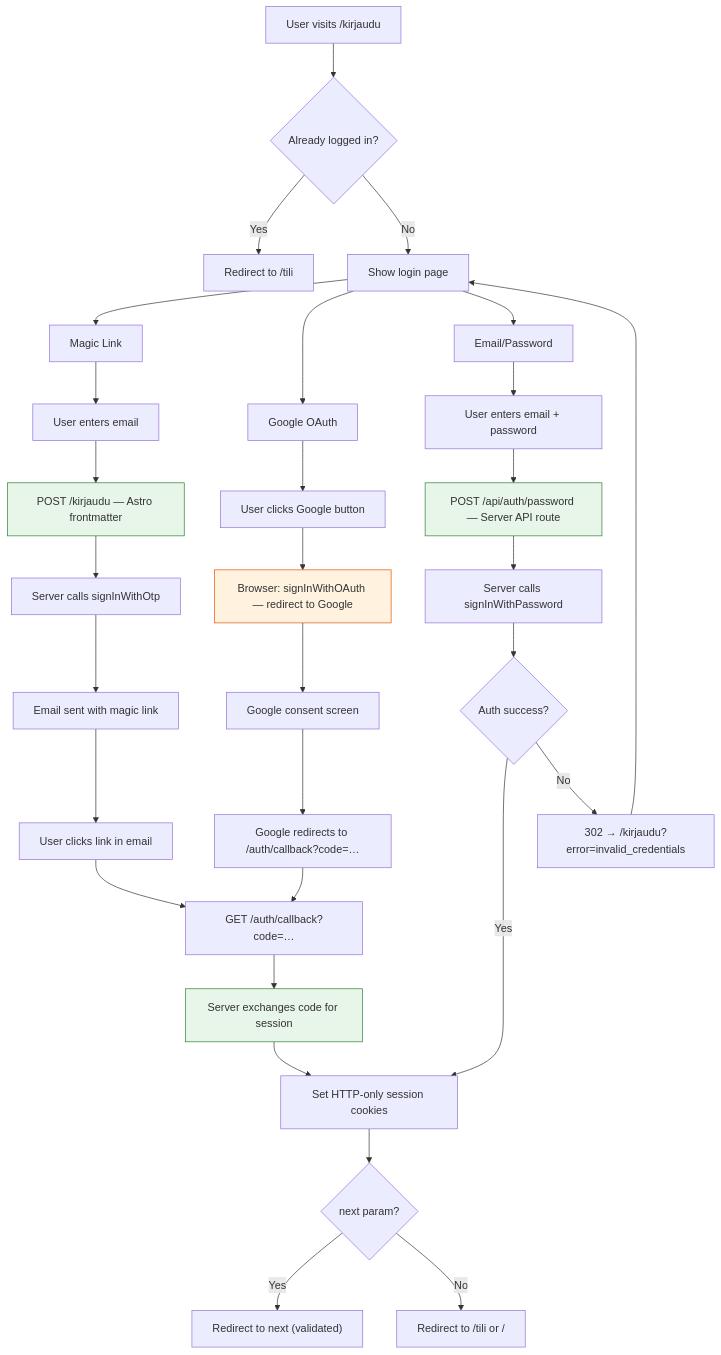
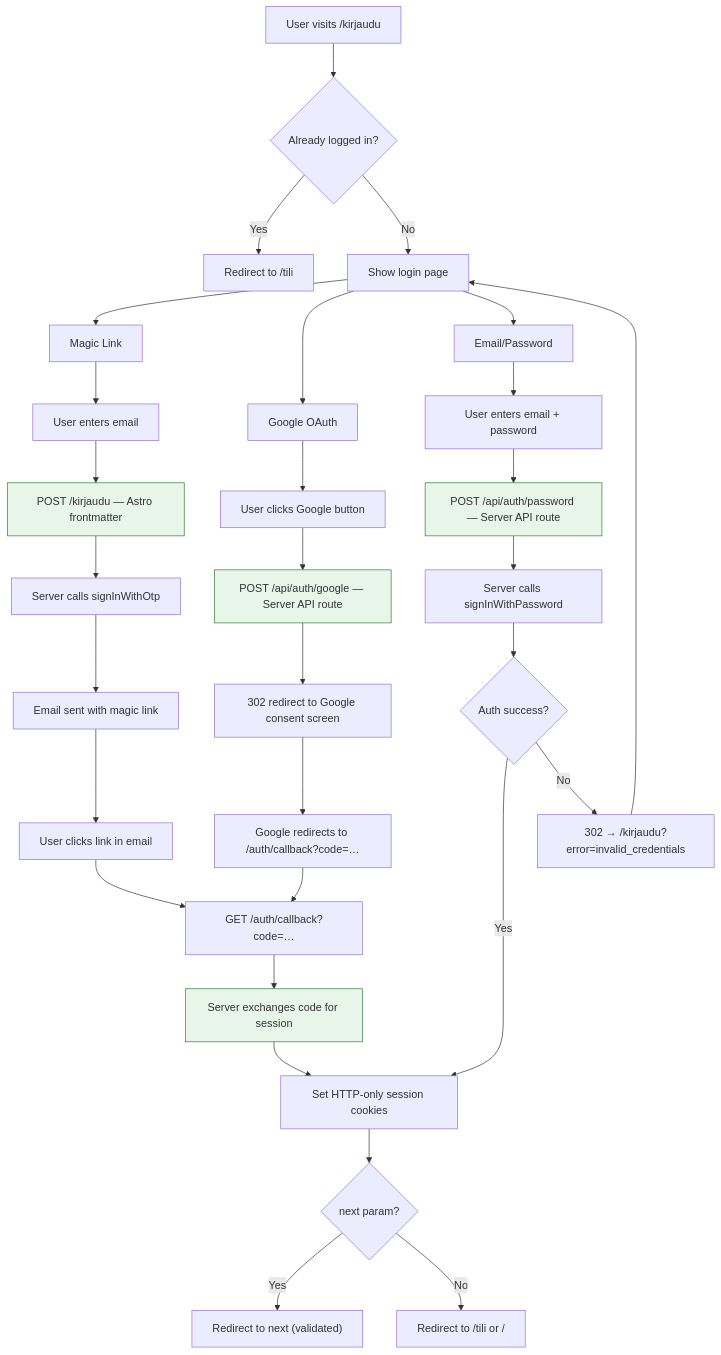
Before and after one commit to Myrrys/roolipeli-info: the diagram in specs/auth/spec.md, drawn with Mermaid. The commit also changed other lines of this file and 7 other files, not shown here.

First line of the commit message:
fix: server-initiated Google OAuth to resolve PKCE mismatch (ROO-88)

````diff
--- a/specs/auth/spec.md
+++ b/specs/auth/spec.md
@@ -70,48 +65,48 @@
 ```mermaid
 flowchart TD
     A[User visits /kirjaudu] --> B{Already logged in?}
     B -->|Yes| C[Redirect to /tili]
     B -->|No| D[Show login page]
 
     D --> E[Magic Link]
     D --> F[Google OAuth]
     D --> G[Email/Password]
 
     %% Magic Link path
     E --> E1[User enters email]
     E1 --> E2[POST /kirjaudu — Astro frontmatter]
     E2 --> E3[Server calls signInWithOtp]
     E3 --> E4[Email sent with magic link]
     E4 --> E5[User clicks link in email]
     E5 --> E6[GET /auth/callback?code=…]
 
-    %% Google OAuth path
+    %% Google OAuth path (server-initiated, ROO-88)
     F --> F1[User clicks Google button]
-    F1 --> F2[Browser: signInWithOAuth — redirect to Google]
-    F2 --> F3[Google consent screen]
+    F1 --> F2["POST /api/auth/google — Server API route"]
+    F2 --> F3[302 redirect to Google consent screen]
     F3 --> F4[Google redirects to /auth/callback?code=…]
     F4 --> E6
 
     %% Shared callback
     E6 --> H[Server exchanges code for session]
     H --> I[Set HTTP-only session cookies]
 
     %% Email/Password path — SSR (ROO-87)
     G --> G1[User enters email + password]
     G1 --> G2["POST /api/auth/password — Server API route"]
     G2 --> G3[Server calls signInWithPassword]
     G3 --> G4{Auth success?}
     G4 -->|Yes| I
     G4 -->|No| G5["302 → /kirjaudu?error=invalid_credentials"]
     G5 --> D
 
     %% Post-auth
     I --> J{next param?}
     J -->|Yes| K["Redirect to next (validated)"]
     J -->|No| L[Redirect to /tili or /]
 
     style G2 fill:#e8f5e9,stroke:#2e7d32
     style E2 fill:#e8f5e9,stroke:#2e7d32
     style H fill:#e8f5e9,stroke:#2e7d32
-    style F2 fill:#fff3e0,stroke:#e65100
+    style F2 fill:#e8f5e9,stroke:#2e7d32
 ```
````
